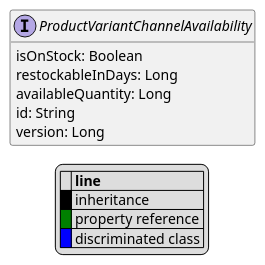
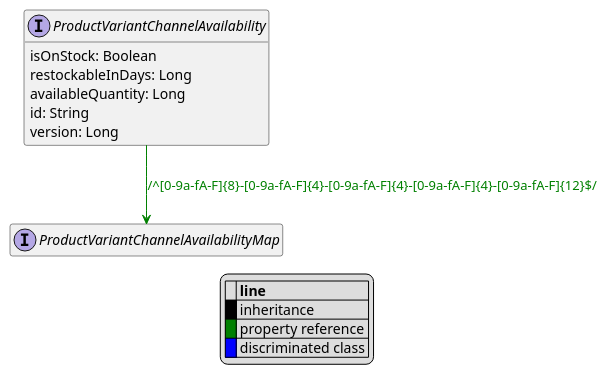
The diagram in uml/api/ProductVariantChannelAvailability.puml (commercetools/commercetools-api-reference), drawn with PlantUML before and after one commit. The commit also changed 4 other files, not shown here.

```diff
--- a/uml/api/ProductVariantChannelAvailability.puml
+++ b/uml/api/ProductVariantChannelAvailability.puml
@@ -1,24 +1,25 @@
 @startuml
 
 hide empty fields
 hide empty methods
 legend
 |= |= line |
 |<back:black>   </back>| inheritance |
 |<back:green>   </back>| property reference |
 |<back:blue>   </back>| discriminated class |
 endlegend
 interface ProductVariantChannelAvailability [[ProductVariantChannelAvailability.svg]]  {
     isOnStock: Boolean
     restockableInDays: Long
     availableQuantity: Long
     id: String
     version: Long
 }
 
 
 
+interface ProductVariantChannelAvailabilityMap [[ProductVariantChannelAvailabilityMap.svg]]  {
+}
 
-
-
+ProductVariantChannelAvailability --> ProductVariantChannelAvailabilityMap #green;text:green : "/^[0-9a-fA-F]{8}-[0-9a-fA-F]{4}-[0-9a-fA-F]{4}-[0-9a-fA-F]{4}-[0-9a-fA-F]{12}$/"
 @enduml
```
